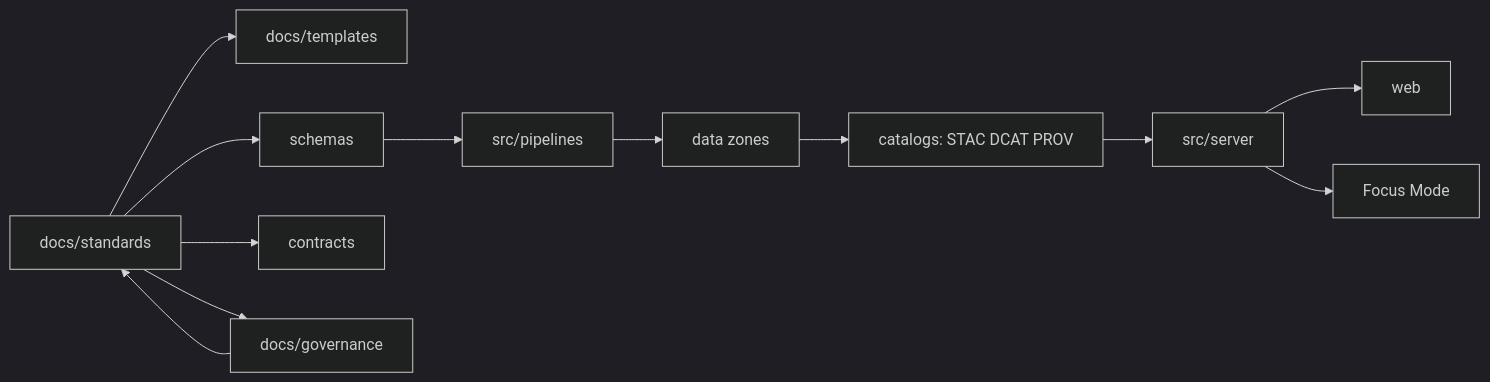
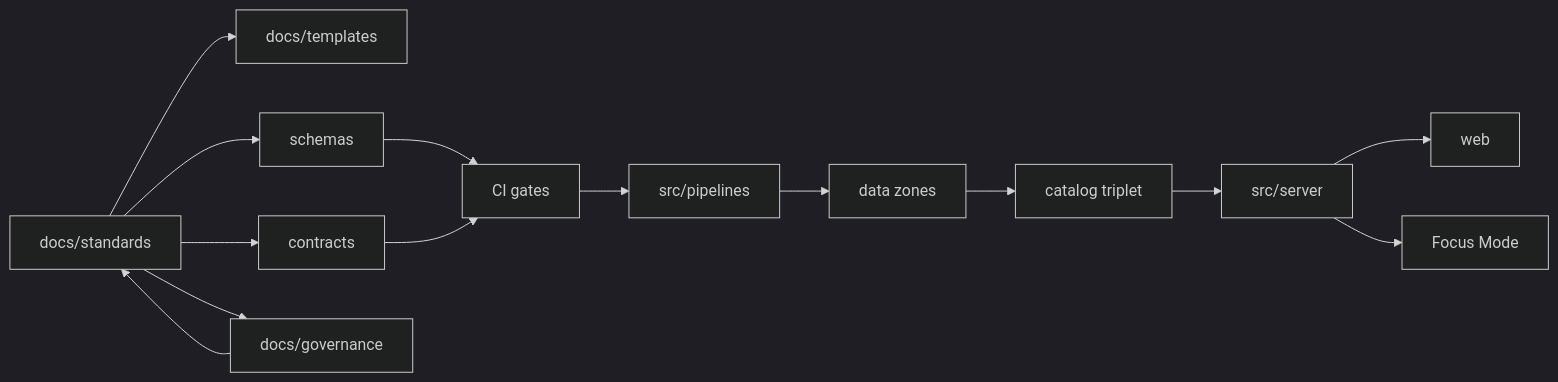
Before and after one commit to bartytime4life/Kansas-Frontier-Matrix: the first of 2 diagrams in docs/standards/README.md, drawn with Mermaid (dark theme). The commit also changed other lines of this file, not shown here.

````diff
--- a/docs/standards/README.md
+++ b/docs/standards/README.md
@@ -95,16 +129,18 @@
 ```mermaid
 flowchart LR
   Standards[docs/standards] --> Templates[docs/templates]
   Standards --> Schemas[schemas]
   Standards --> Contracts[contracts]
   Standards --> Governance[docs/governance]
 
-  Schemas --> Pipelines[src/pipelines]
+  Schemas --> CI[CI gates]
+  Contracts --> CI
+  CI --> Pipelines[src/pipelines]
   Pipelines --> Zones[data zones]
-  Zones --> Catalogs[catalogs: STAC DCAT PROV]
+  Zones --> Catalogs[catalog triplet]
   Catalogs --> APIs[src/server]
   APIs --> UI[web]
   APIs --> Focus[Focus Mode]
 
   Governance --> Standards
 ```
````
